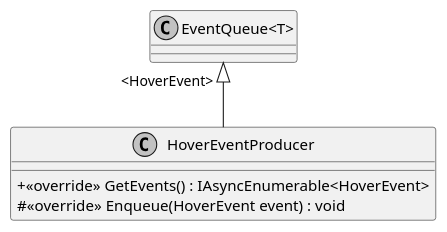
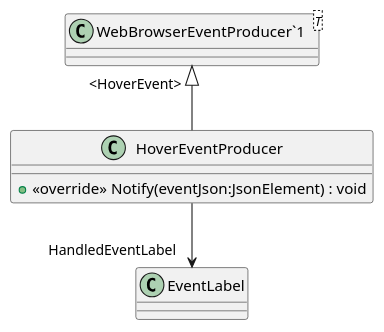
One commit to insightmind/MORR changed the diagram in application/plantuml/Modules/WebBrowser/Producers/HoverEventProducer.puml. Above: the diagram before and after it, drawn with PlantUML. The commit also changed 165 other files, not shown here.

```diff
--- a/application/plantuml/Modules/WebBrowser/Producers/HoverEventProducer.puml
+++ b/application/plantuml/Modules/WebBrowser/Producers/HoverEventProducer.puml
@@ -1,12 +1,9 @@
 @startuml
-skinparam monochrome true
-skinparam ClassAttributeIconSize 0
-
 class HoverEventProducer {
-    + <<override>> GetEvents() : IAsyncEnumerable<HoverEvent>
-    # <<override>> Enqueue(HoverEvent event) : void
+    + <<override>> Notify(eventJson:JsonElement) : void
 }
-class "EventQueue<T>" {
+class "WebBrowserEventProducer`1"<T> {
 }
-"EventQueue<T>" "<HoverEvent>" <|-- HoverEventProducer
+"WebBrowserEventProducer`1" "<HoverEvent>" <|-- HoverEventProducer
+HoverEventProducer --> "HandledEventLabel" EventLabel
 @enduml
```
